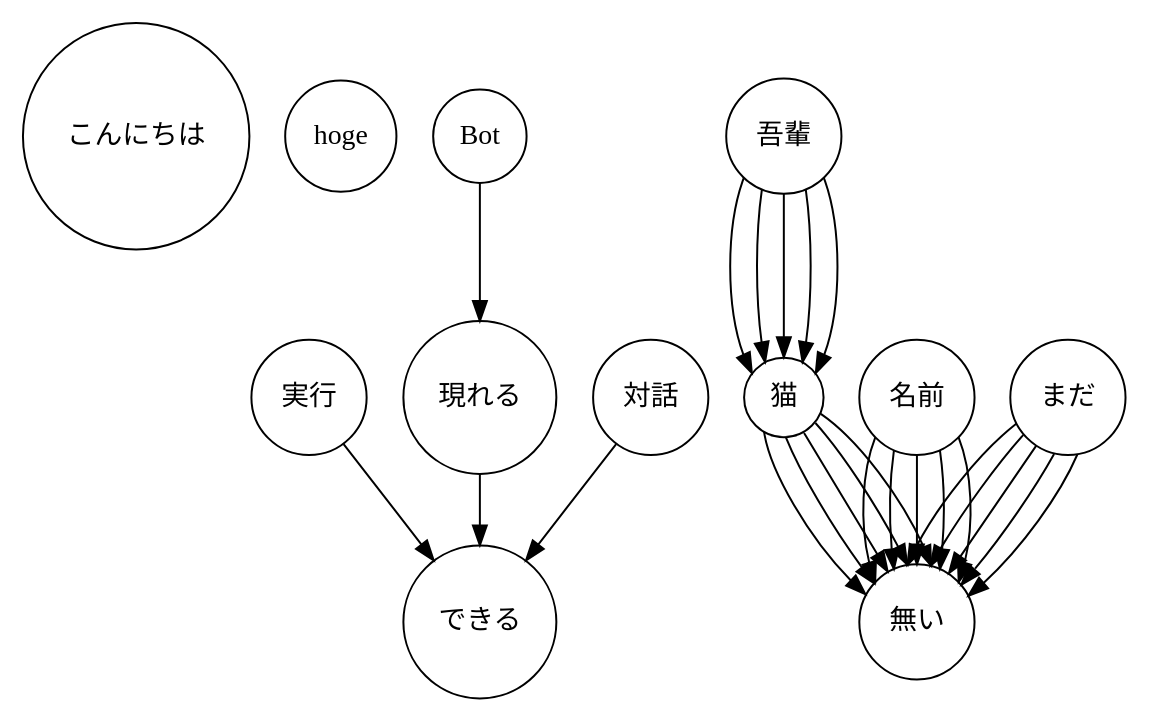
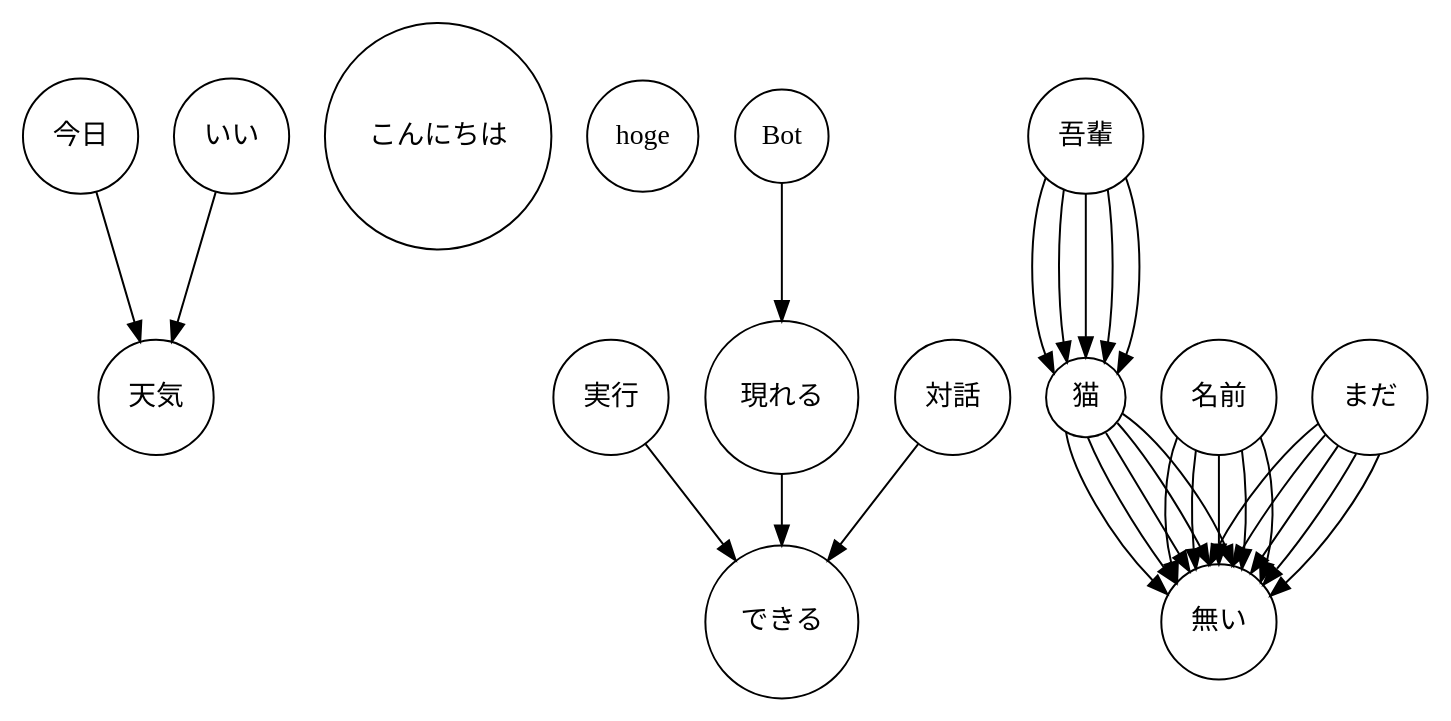
Before and after one commit to d0iasm/graph-docs: the diagram in dest/merge.dot, drawn with Graphviz. The commit also changed 5 other files, not shown here.

```diff
--- a/dest/merge.dot
+++ b/dest/merge.dot
@@ -1,10 +1,29 @@
 digraph root {
-	graph [bb="0,0,555,340"];
+	graph [bb="0,0,707.25,340"];
 	node [label="\N",
 		shape=circle
 	];
+	{
+		node [label="\N",
+			shape=circle
+		];
+		今日		 [height=0.81243,
+			label=今日,
+			pos="29.247,283",
+			width=0.81243];
+		天気		 [height=0.81243,
+			label=天気,
+			pos="67.247,151.5",
+			width=0.81243];
+		今日 -> 天気		 [pos="e,59.161,180.06 37.213,254.85 42.749,235.99 50.198,210.6 56.292,189.83"];
+		いい		 [height=0.81243,
+			label=いい,
+			pos="105.25,283",
+			width=0.81243];
+		いい -> 天気		 [pos="e,75.334,180.06 97.281,254.85 91.745,235.99 84.297,210.6 78.202,189.83"];
+	}
 	subgraph root {
-		graph [bb="0,0,555.19,340.39"];
+		graph [bb="0,0,555,340"];
 		node [height="",
 			label="\N",
 			pos="",
@@ -12,22 +31,8 @@
 			width=""
 		];
 		edge [pos=""];
-		{
-			graph [bb="0,0,555.19,340.39"];
-			node [height="",
-				label="\N",
-				pos="",
-				shape=circle,
-				width=""
-			];
-			edge [pos=""];
-			こんにちは			 [height=1.5833,
-				label=こんにちは,
-				pos="57,283",
-				width=1.5833];
-		}
 		subgraph root {
-			graph [bb="0,0,440,284"];
+			graph [bb="0,0,555,340"];
 			node [height="",
 				label="\N",
 				pos="",
@@ -36,7 +41,7 @@
 			];
 			edge [pos=""];
 			subgraph root {
-				graph [bb="0,0,440,284"];
+				graph [bb="0,0,555.19,340.39"];
 				node [height="",
 					label="\N",
 					pos="",
@@ -45,7 +50,7 @@
 				];
 				edge [pos=""];
 				{
-					graph [bb="0,0,440,284"];
+					graph [bb="0,0,555.19,340.39"];
 					node [height="",
 						label="\N",
 						pos="",
@@ -53,10 +58,10 @@
 						width=""
 					];
 					edge [pos=""];
-					hoge					 [height=0.77778,
-						label=hoge,
-						pos="160,283",
-						width=0.77778];
+					こんにちは					 [height=1.5833,
+						label=こんにちは,
+						pos="209.25,283",
+						width=1.5833];
 				}
 				subgraph root {
 					graph [bb="0,0,440,284"];
@@ -76,8 +81,8 @@
 							width=""
 						];
 						edge [pos=""];
-						subgraph root {
-							graph [bb="0,0,440.25,283.39"];
+						{
+							graph [bb="0,0,440,284"];
 							node [height="",
 								label="\N",
 								pos="",
@@ -85,42 +90,22 @@
 								width=""
 							];
 							edge [pos=""];
-							{
-								graph [bb="0,0,440.25,283.39"];
-								node [height="",
-									label="\N",
-									pos="",
-									shape=circle,
-									width=""
-								];
-								edge [pos=""];
-								実行								 [height=0.80556,
-									label=実行,
-									pos="144,151.5",
-									width=0.80556];
-								できる								 [height=1.0694,
-									label=できる,
-									pos="230,38.5",
-									width=1.0694];
-								実行 -> できる								 [pos="e,206.75,69.506 161.4,128.04 172.62,113.56 187.5,94.357 200.53,77.54"];
-								Bot								 [height=0.65278,
-									label=Bot,
-									pos="230,283",
-									width=0.65278];
-								現れる								 [height=1.0694,
-									label=現れる,
-									pos="230,151.5",
-									width=1.0694];
-								Bot -> 現れる								 [pos="e,230,190 230,259.44 230,243.08 230,220.34 230,200.04"];
-								現れる -> できる								 [pos="e,230,77.041 230,112.92 230,104.69 230,95.877 230,87.31"];
-								対話								 [height=0.80556,
-									label=対話,
-									pos="316,151.5",
-									width=0.80556];
-								対話 -> できる								 [pos="e,253.25,69.506 298.6,128.04 287.38,113.56 272.5,94.357 259.47,77.54"];
-							}
+							hoge							 [height=0.77778,
+								label=hoge,
+								pos="312.25,283",
+								width=0.77778];
+						}
+						subgraph root {
+							graph [bb="0,0,440,284"];
+							node [height="",
+								label="\N",
+								pos="",
+								shape=circle,
+								width=""
+							];
+							edge [pos=""];
 							subgraph root {
-								graph [bb="0,0,201,246"];
+								graph [bb="0,0,440,284"];
 								node [height="",
 									label="\N",
 									pos="",
@@ -129,7 +114,7 @@
 								];
 								edge [pos=""];
 								subgraph root {
-									graph [bb="0,0,201,246"];
+									graph [bb="0,0,440.25,283.39"];
 									node [height="",
 										label="\N",
 										pos="",
@@ -138,7 +123,7 @@
 									];
 									edge [pos=""];
 									{
-										graph [bb="0,0,201,246"];
+										graph [bb="0,0,440.25,283.39"];
 										node [height="",
 											label="\N",
 											pos="",
@@ -146,30 +131,30 @@
 											width=""
 										];
 										edge [pos=""];
-										吾輩										 [height=0.80556,
-											label=吾輩,
-											pos="383,283",
+										実行										 [height=0.80556,
+											label=実行,
+											pos="296.25,151.5",
 											width=0.80556];
-										猫										 [height=0.55556,
-											label=猫,
-											pos="383,151.5",
-											width=0.55556];
-										吾輩 -> 猫										 [pos="e,366.91,163.82 362.86,262.05 353.77,237.85 353.72,197.29 362.69,172.9"];
-										無い										 [height=0.80556,
-											label=無い,
-											pos="450,38.5",
+										できる										 [height=1.0694,
+											label=できる,
+											pos="382.25,38.5",
+											width=1.0694];
+										実行 -> できる										 [pos="e,359,69.506 313.65,128.04 324.87,113.56 339.75,94.357 352.78,77.54"];
+										Bot										 [height=0.65278,
+											label=Bot,
+											pos="382.25,283",
+											width=0.65278];
+										現れる										 [height=1.0694,
+											label=現れる,
+											pos="382.25,151.5",
+											width=1.0694];
+										Bot -> 現れる										 [pos="e,382.25,190 382.25,259.44 382.25,243.08 382.25,220.34 382.25,200.04"];
+										現れる -> できる										 [pos="e,382.25,77.041 382.25,112.92 382.25,104.69 382.25,95.877 382.25,87.31"];
+										対話										 [height=0.80556,
+											label=対話,
+											pos="468.25,151.5",
 											width=0.80556];
-										猫 -> 無い										 [pos="e,424.05,52.478 373.06,134.12 376,114.27 395.69,80.831 416.62,59.482"];
-										名前										 [height=0.80556,
-											label=名前,
-											pos="450,151.5",
-											width=0.80556];
-										名前 -> 無い										 [pos="e,428.98,58.704 429.03,131.42 422.2,114.11 421.17,88.326 425.95,68.471"];
-										まだ										 [height=0.80556,
-											label=まだ,
-											pos="526,151.5",
-											width=0.80556];
-										まだ -> 無い										 [pos="e,445.24,67.205 500.12,138.41 481.32,123.63 461.06,97.924 449.67,76.424"];
+										対話 -> できる										 [pos="e,405.5,69.506 450.84,128.04 439.62,113.56 424.75,94.357 411.72,77.54"];
 									}
 									subgraph root {
 										graph [bb="0,0,201,246"];
@@ -180,25 +165,6 @@
 											width=""
 										];
 										edge [pos=""];
-										{
-											graph [bb="0,0,201,246"];
-											node [height="",
-												label="\N",
-												pos="",
-												shape=circle,
-												width=""
-											];
-											edge [pos=""];
-											吾輩;
-											猫;
-											吾輩 -> 猫											 [pos="e,373.57,169.29 371.95,256.1 368.72,233.8 368.68,201.74 371.83,179.21"];
-											無い;
-											猫 -> 無い											 [pos="e,428.5,57.964 384.03,131.42 391.35,113.41 407.33,86.248 422.21,66.115"];
-											名前;
-											名前 -> 無い											 [pos="e,438.42,65.105 438.4,124.76 436.32,110.05 435.95,91.376 437.29,75.26"];
-											まだ;
-											まだ -> 無い											 [pos="e,456.9,66.834 503.56,132.67 489.82,117.32 473.5,94.71 461.98,75.604"];
-										}
 										subgraph root {
 											graph [bb="0,0,201,246"];
 											node [height="",
@@ -217,15 +183,30 @@
 													width=""
 												];
 												edge [pos=""];
-												吾輩;
-												猫;
-												吾輩 -> 猫												 [pos="e,383,171.74 383,253.9 383,232.65 383,203.53 383,181.96"];
-												無い;
-												猫 -> 無い												 [pos="e,435.25,63.943 393.18,133.64 402.93,117.48 417.93,92.626 430.07,72.516"];
-												名前;
-												名前 -> 無い												 [pos="e,450,67.501 450,122.49 450,108.95 450,92.489 450,77.809"];
-												まだ;
-												まだ -> 無い												 [pos="e,466.17,63.121 510.07,127.23 499,111.06 484.1,89.302 471.91,71.5"];
+												吾輩												 [height=0.80556,
+													label=吾輩,
+													pos="535.25,283",
+													width=0.80556];
+												猫												 [height=0.55556,
+													label=猫,
+													pos="535.25,151.5",
+													width=0.55556];
+												吾輩 -> 猫												 [pos="e,519.16,163.82 515.1,262.05 506.02,237.85 505.96,197.29 514.94,172.9"];
+												無い												 [height=0.80556,
+													label=無い,
+													pos="602.25,38.5",
+													width=0.80556];
+												猫 -> 無い												 [pos="e,576.3,52.478 525.31,134.12 528.25,114.27 547.94,80.831 568.87,59.482"];
+												名前												 [height=0.80556,
+													label=名前,
+													pos="602.25,151.5",
+													width=0.80556];
+												名前 -> 無い												 [pos="e,581.23,58.704 581.28,131.42 574.44,114.11 573.42,88.326 578.2,68.471"];
+												まだ												 [height=0.80556,
+													label=まだ,
+													pos="678.25,151.5",
+													width=0.80556];
+												まだ -> 無い												 [pos="e,597.48,67.205 652.36,138.41 633.57,123.63 613.3,97.924 601.92,76.424"];
 											}
 											subgraph root {
 												graph [bb="0,0,201,246"];
@@ -247,16 +228,16 @@
 													edge [pos=""];
 													吾輩;
 													猫;
-													吾輩 -> 猫													 [pos="e,392.43,169.29 394.05,256.1 397.28,233.8 397.32,201.74 394.17,179.21"];
+													吾輩 -> 猫													 [pos="e,525.81,169.29 524.19,256.1 520.97,233.8 520.93,201.74 524.08,179.21"];
 													無い;
-													猫 -> 無い													 [pos="e,445.09,67.322 398.91,138.62 412.23,123.84 429.23,97.915 440.59,76.284"];
+													猫 -> 無い													 [pos="e,580.74,57.964 536.28,131.42 543.6,113.41 559.58,86.248 574.46,66.115"];
 													名前;
-													名前 -> 無い													 [pos="e,461.58,65.105 461.6,124.76 463.68,110.05 464.05,91.376 462.71,75.26"];
+													名前 -> 無い													 [pos="e,590.67,65.105 590.65,124.76 588.56,110.05 588.19,91.376 589.54,75.26"];
 													まだ;
-													まだ -> 無い													 [pos="e,472.39,57.273 519.04,123.06 509.25,105.41 493.57,82.611 479.27,65.289"];
+													まだ -> 無い													 [pos="e,609.14,66.834 655.81,132.67 642.07,117.32 625.75,94.71 614.23,75.604"];
 												}
 												subgraph root {
-													graph [bb="0,0,201.49,247.48"];
+													graph [bb="0,0,201,246"];
 													node [height="",
 														label="\N",
 														pos="",
@@ -265,7 +246,7 @@
 													];
 													edge [pos=""];
 													{
-														graph [bb="0,0,201.49,247.48"];
+														graph [bb="0,0,201,246"];
 														node [height="",
 															label="\N",
 															pos="",
@@ -275,13 +256,71 @@
 														edge [pos=""];
 														吾輩;
 														猫;
-														吾輩 -> 猫														 [pos="e,399.09,163.82 403.14,262.05 412.23,237.85 412.28,197.29 403.31,172.9"];
+														吾輩 -> 猫														 [pos="e,535.25,171.74 535.25,253.9 535.25,232.65 535.25,203.53 535.25,181.96"];
 														無い;
-														猫 -> 無い														 [pos="e,457.16,66.76 401.63,143.22 421.05,129.82 442.57,100.44 453.35,76.357"];
+														猫 -> 無い														 [pos="e,587.49,63.943 545.42,133.64 555.18,117.48 570.18,92.626 582.32,72.516"];
 														名前;
-														名前 -> 無い														 [pos="e,471.02,58.704 470.97,131.42 477.8,114.11 478.83,88.326 474.05,68.471"];
+														名前 -> 無い														 [pos="e,602.25,67.501 602.25,122.49 602.25,108.95 602.25,92.489 602.25,77.809"];
 														まだ;
-														まだ -> 無い														 [pos="e,475.92,51.615 530.75,122.78 522.11,102.6 502.79,75.812 483.55,58.136"];
+														まだ -> 無い														 [pos="e,618.42,63.121 662.32,127.23 651.24,111.06 636.35,89.302 624.16,71.5"];
+													}
+													subgraph root {
+														graph [bb="0,0,201,246"];
+														node [height="",
+															label="\N",
+															pos="",
+															shape=circle,
+															width=""
+														];
+														edge [pos=""];
+														{
+															graph [bb="0,0,201,246"];
+															node [height="",
+																label="\N",
+																pos="",
+																shape=circle,
+																width=""
+															];
+															edge [pos=""];
+															吾輩;
+															猫;
+															吾輩 -> 猫															 [pos="e,544.68,169.29 546.3,256.1 549.52,233.8 549.56,201.74 546.42,179.21"];
+															無い;
+															猫 -> 無い															 [pos="e,597.33,67.322 551.16,138.62 564.47,123.84 581.47,97.915 592.84,76.284"];
+															名前;
+															名前 -> 無い															 [pos="e,613.83,65.105 613.85,124.76 615.93,110.05 616.3,91.376 614.96,75.26"];
+															まだ;
+															まだ -> 無い															 [pos="e,624.63,57.273 671.29,123.06 661.5,105.41 645.82,82.611 631.51,65.289"];
+														}
+														subgraph root {
+															graph [bb="0,0,201.49,247.48"];
+															node [height="",
+																label="\N",
+																pos="",
+																shape=circle,
+																width=""
+															];
+															edge [pos=""];
+															{
+																graph [bb="0,0,201.49,247.48"];
+																node [height="",
+																	label="\N",
+																	pos="",
+																	shape=circle,
+																	width=""
+																];
+																edge [pos=""];
+																吾輩;
+																猫;
+																吾輩 -> 猫																 [pos="e,551.33,163.82 555.39,262.05 564.48,237.85 564.53,197.29 555.56,172.9"];
+																無い;
+																猫 -> 無い																 [pos="e,609.41,66.76 553.88,143.22 573.3,129.82 594.82,100.44 605.6,76.357"];
+																名前;
+																名前 -> 無い																 [pos="e,623.26,58.704 623.22,131.42 630.05,114.11 631.08,88.326 626.29,68.471"];
+																まだ;
+																まだ -> 無い																 [pos="e,628.16,51.615 683,122.78 674.36,102.6 655.04,75.812 635.8,58.136"];
+															}
+														}
 													}
 												}
 											}
```
